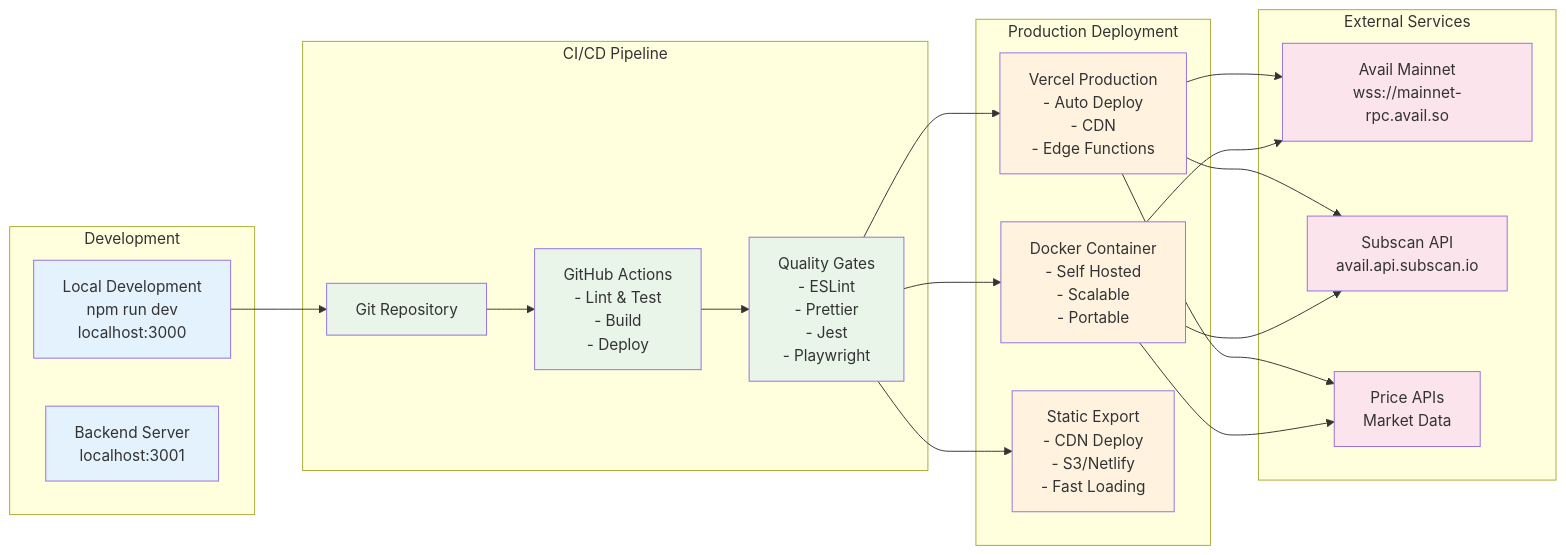
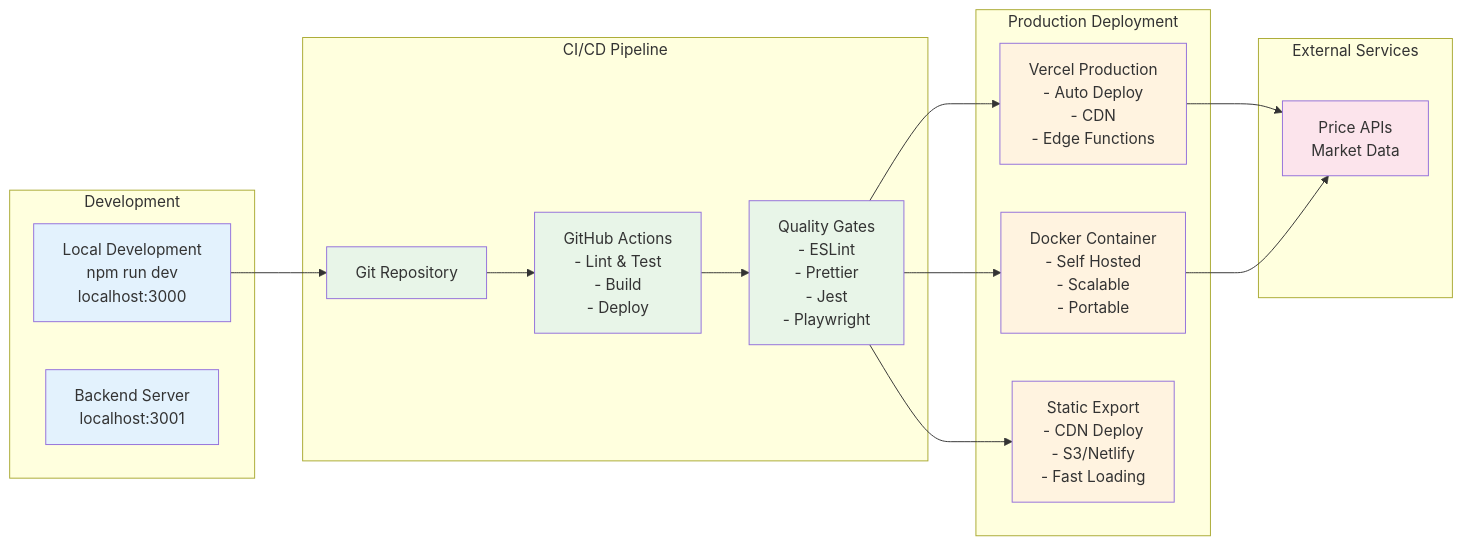
The fifth of 5 diagrams in AI Documentation/Project_Architecture_Diagram.md (avail-dashboard/web), drawn with Mermaid before and after one commit. The commit also changed other lines of this file and 14 other files, not shown here.

````diff
--- a/AI Documentation/Project_Architecture_Diagram.md
+++ b/AI Documentation/Project_Architecture_Diagram.md
@@ -323,50 +315,43 @@
 ```mermaid
 graph LR
     subgraph "Development"
         DEV[Local Development<br/>npm run dev<br/>localhost:3000]
         BACKEND_DEV[Backend Server<br/>localhost:3001]
     end
 
     subgraph "CI/CD Pipeline"
         GIT[Git Repository]
         ACTIONS[GitHub Actions<br/>- Lint & Test<br/>- Build<br/>- Deploy]
         QUALITY[Quality Gates<br/>- ESLint<br/>- Prettier<br/>- Jest<br/>- Playwright]
     end
 
     subgraph "Production Deployment"
         VERCEL_PROD[Vercel Production<br/>- Auto Deploy<br/>- CDN<br/>- Edge Functions]
         DOCKER_PROD[Docker Container<br/>- Self Hosted<br/>- Scalable<br/>- Portable]
         STATIC[Static Export<br/>- CDN Deploy<br/>- S3/Netlify<br/>- Fast Loading]
     end
 
     subgraph "External Services"
-        AVAIL_NET[Avail Mainnet<br/>wss://mainnet-rpc.avail.so]
-        SUBSCAN_API[Subscan API<br/>avail.api.subscan.io]
         PRICE_API[Price APIs<br/>Market Data]
     end
 
     DEV --> GIT
     GIT --> ACTIONS
     ACTIONS --> QUALITY
     QUALITY --> VERCEL_PROD
     QUALITY --> DOCKER_PROD
     QUALITY --> STATIC
 
-    VERCEL_PROD --> AVAIL_NET
-    VERCEL_PROD --> SUBSCAN_API
     VERCEL_PROD --> PRICE_API
-
-    DOCKER_PROD --> AVAIL_NET
-    DOCKER_PROD --> SUBSCAN_API
     DOCKER_PROD --> PRICE_API
 
     classDef dev fill:#e3f2fd
     classDef cicd fill:#e8f5e8
     classDef prod fill:#fff3e0
     classDef external fill:#fce4ec
 
     class DEV,BACKEND_DEV dev
     class GIT,ACTIONS,QUALITY cicd
     class VERCEL_PROD,DOCKER_PROD,STATIC prod
-    class AVAIL_NET,SUBSCAN_API,PRICE_API external
+    class PRICE_API external
 ```
````
